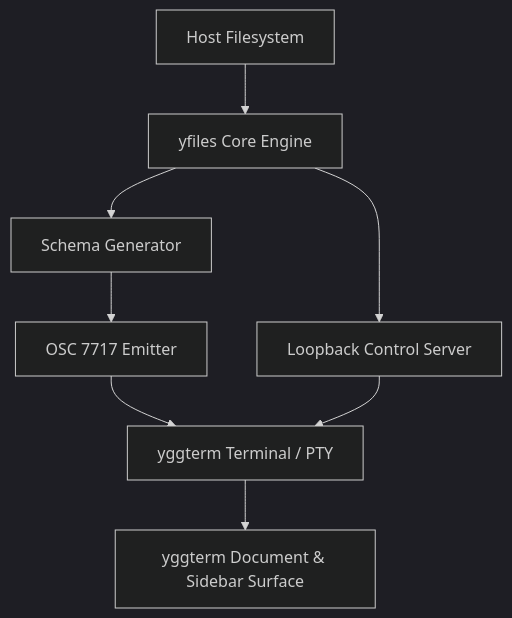
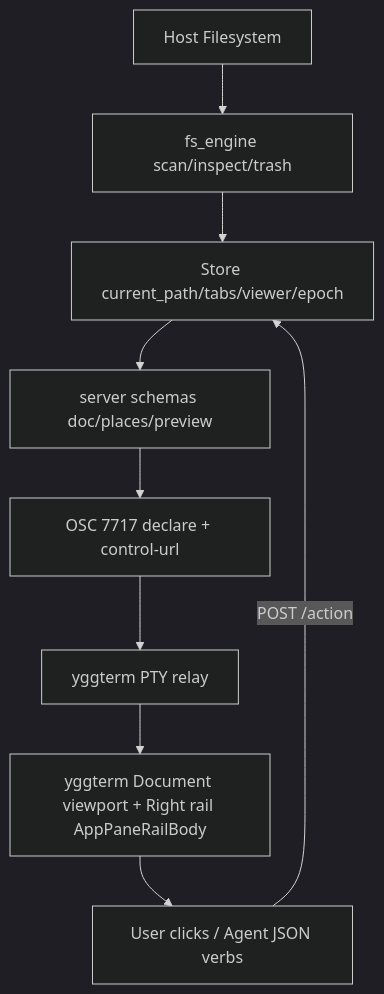
The diagram in docs/architecture.md (yggdrasilhq/yfiles), drawn with Mermaid (dark theme) before and after one commit. The commit also changed other lines of this file and 12 other files, not shown here.

````diff
--- a/docs/architecture.md
+++ b/docs/architecture.md
@@ -19,10 +30,11 @@
 ```mermaid
 graph TD
-    A[Host Filesystem] --> B[yfiles Core Engine]
-    B --> C[Schema Generator]
-    B --> D[Loopback Control Server]
-    C --> E[OSC 7717 Emitter]
-    E --> F[yggterm Terminal / PTY]
-    D --> F
-    F --> G[yggterm Document & Sidebar Surface]
+    A[Host Filesystem] --> B[fs_engine scan/inspect/trash]
+    B --> C[Store current_path/tabs/viewer/epoch]
+    C --> D[server schemas doc/places/preview]
+    D --> E[OSC 7717 declare + control-url]
+    E --> F[yggterm PTY relay]
+    F --> G[yggterm Document viewport + Right rail AppPaneRailBody]
+    G --> H[User clicks / Agent JSON verbs]
+    H -->|POST /action| C
 ```
````
